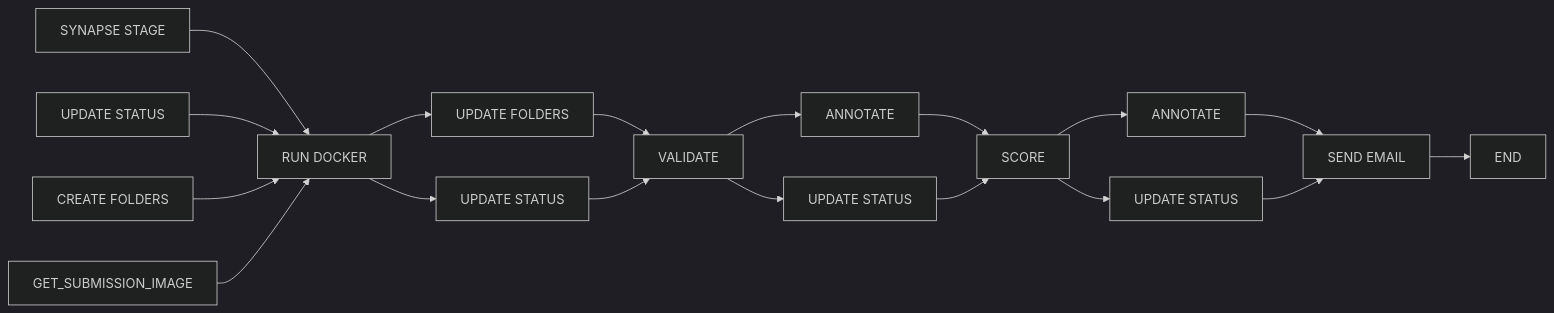
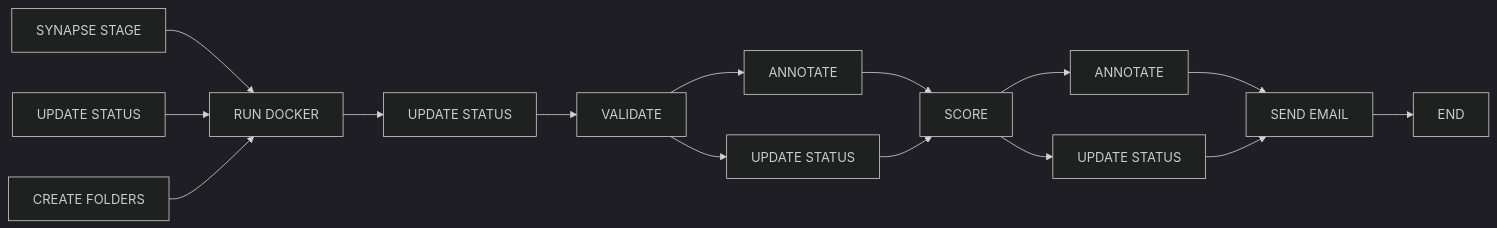
The first of 2 diagrams in README.md (vpchung/nf-synapse-challenge), drawn with Mermaid (dark theme) before and after one commit. The commit also changed 8 other files, not shown here.

````diff
--- a/README.md
+++ b/README.md
@@ -84,20 +84,17 @@
 ```mermaid
 flowchart LR;
     A[SYNAPSE STAGE]-->E[RUN DOCKER];
     B[UPDATE STATUS]-->E;
     C[CREATE FOLDERS]-->E;
-    D[GET_SUBMISSION_IMAGE]-->E;
-    E-->F[UPDATE FOLDERS];
     E-->G[UPDATE STATUS];
-    F-->H[VALIDATE];
     G-->H[VALIDATE];
     H-->I[ANNOTATE];
     H-->J[UPDATE STATUS];
     I-->K[SCORE];
     J-->K;
     K-->L[ANNOTATE];
     K-->M[UPDATE STATUS];
     L-->N;
     M-->N[SEND EMAIL];
     N-->O[END];
 ```
````
